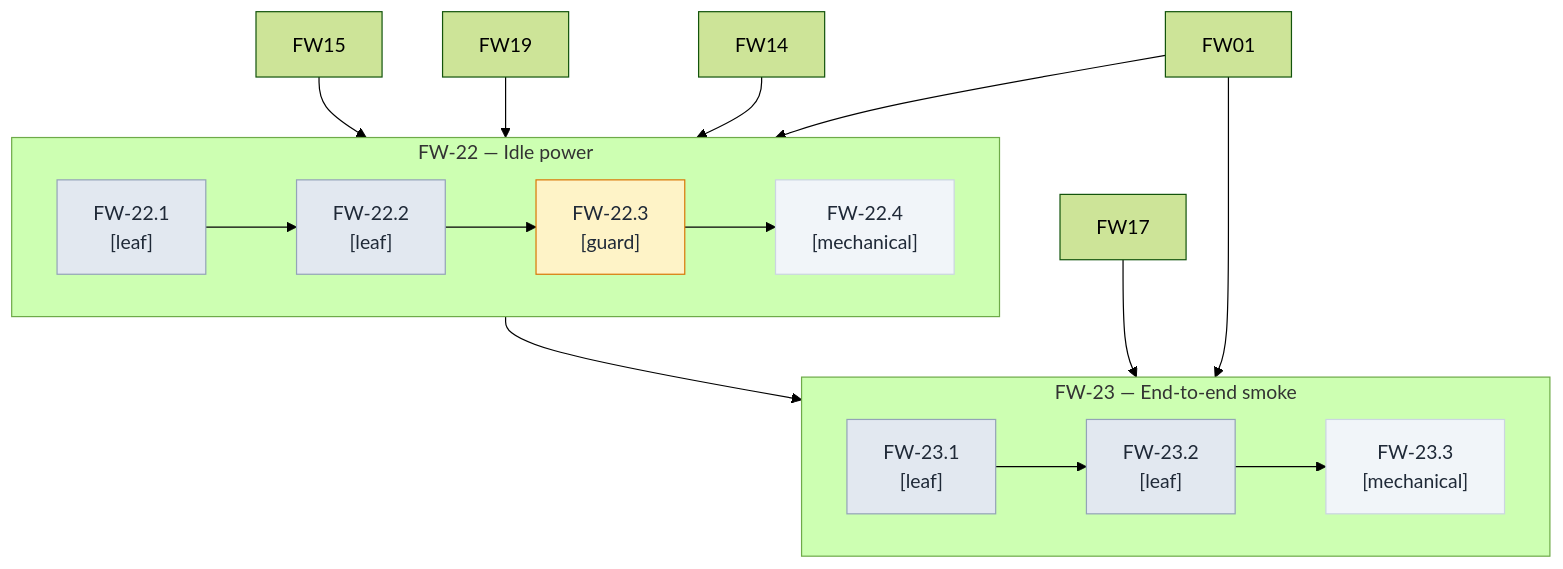
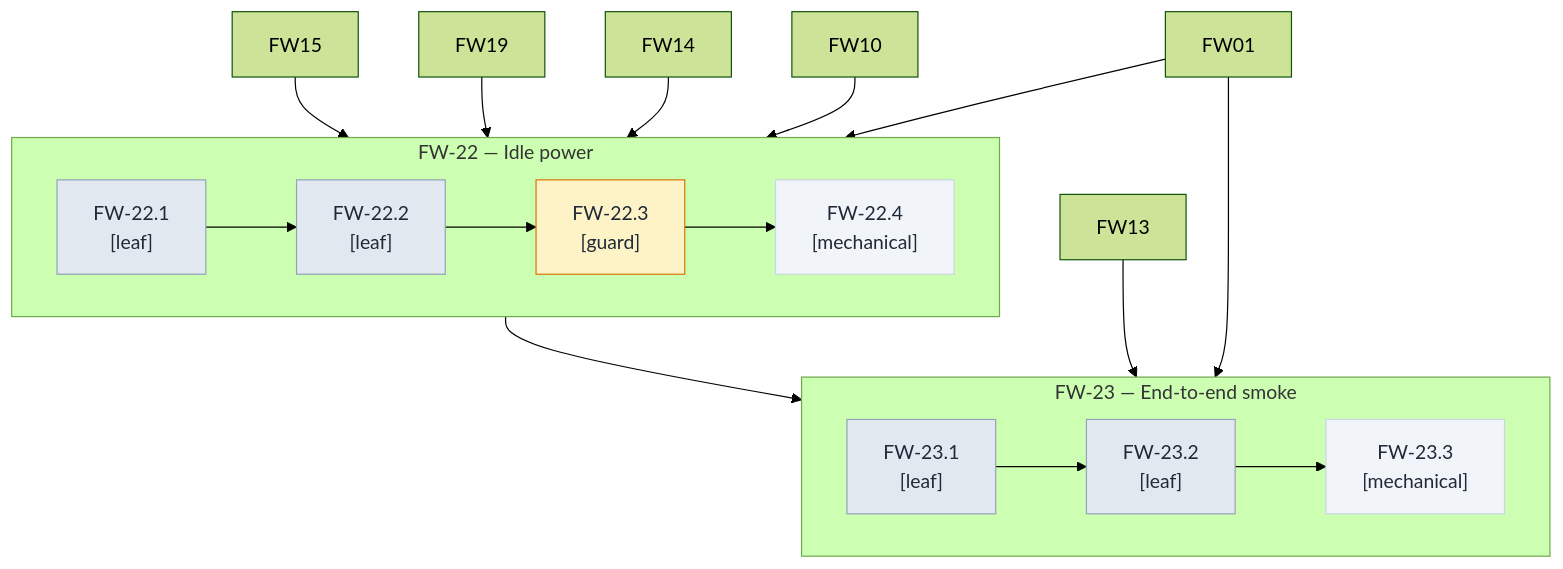
Before and after one commit to witsaba/esp32-cam-surveillance: the eighth of 8 diagrams in docs/firmware-milestones.md, drawn with Mermaid (forest theme). The commit also changed other lines of this file, not shown here.

First line of the commit message:
docs(milestones): rescope task graph 23 -> 19 milestones per decomposition discipline

````diff
--- a/docs/firmware-milestones.md
+++ b/docs/firmware-milestones.md
@@ -1442,38 +1426,39 @@
 ```mermaid
 flowchart TB
   subgraph FW22 ["FW-22 — Idle power"]
     FW22_1["FW-22.1<br/>[leaf]"]
     FW22_2["FW-22.2<br/>[leaf]"]
     FW22_3["FW-22.3<br/>[guard]"]
     FW22_4["FW-22.4<br/>[mechanical]"]
     FW22_1 --> FW22_2
     FW22_2 --> FW22_3
     FW22_3 --> FW22_4
   end
   subgraph FW23 ["FW-23 — End-to-end smoke"]
     FW23_1["FW-23.1<br/>[leaf]"]
     FW23_2["FW-23.2<br/>[leaf]"]
     FW23_3["FW-23.3<br/>[mechanical]"]
     FW23_1 --> FW23_2
     FW23_2 --> FW23_3
   end
   FW15 --> FW22
   FW19 --> FW22
   FW14 --> FW22
+  FW10 --> FW22
   FW22 --> FW23
-  FW17 --> FW23
+  FW13 --> FW23
   FW01 --> FW22
   FW01 --> FW23
   classDef leaf fill:#e2e8f0,stroke:#94a3b8,color:#1f2937
   classDef guard fill:#fef3c7,stroke:#d97706,color:#1f2937
   classDef decision fill:#ede9fe,stroke:#8b5cf6,color:#1f2937
   classDef mechanical fill:#f1f5f9,stroke:#cbd5e1,color:#1f2937
   classDef compound fill:#ccfbf1,stroke:#14b8a6,color:#1f2937
   class FW22_1 leaf
   class FW22_2 leaf
   class FW22_3 guard
   class FW22_4 mechanical
   class FW23_1 leaf
   class FW23_2 leaf
   class FW23_3 mechanical
 ```
````
